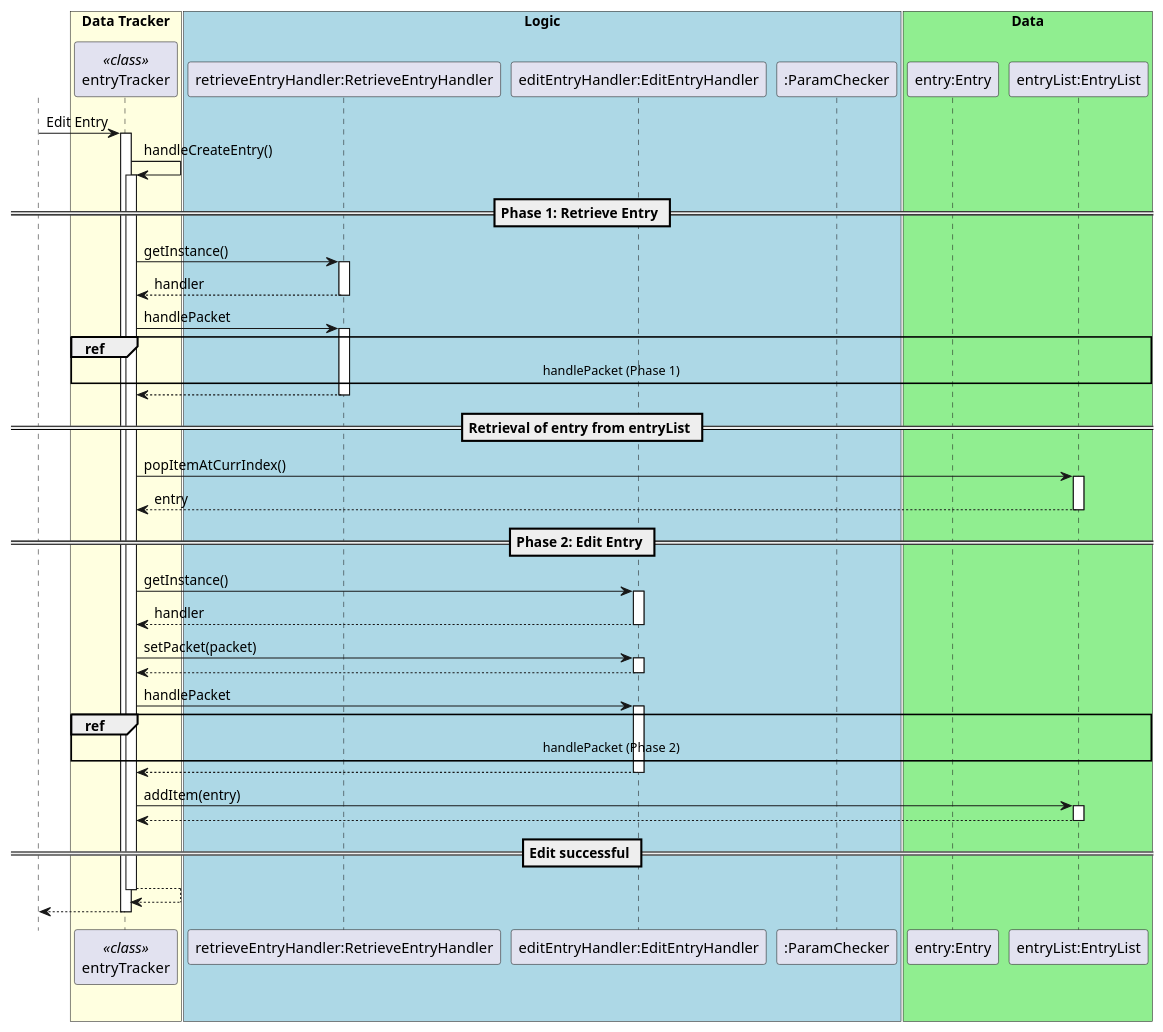
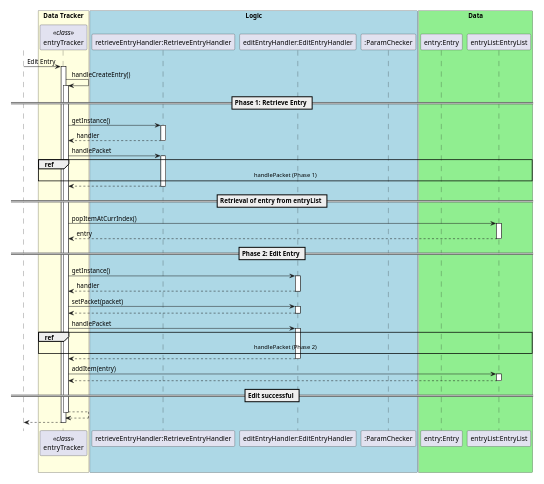
The diagram in docs/diagrams/entrytracker/entryTrackerEditEntrySeqDiagram1.puml (nus-cs2113-AY2021S1/tp), drawn with PlantUML before and after one commit. The commit also changed 8 other files, not shown here.

```diff
--- a/docs/diagrams/entrytracker/entryTrackerEditEntrySeqDiagram1.puml
+++ b/docs/diagrams/entrytracker/entryTrackerEditEntrySeqDiagram1.puml
@@ -1,61 +1,61 @@
 @startuml
 autoactivate on
-scale 1094 width
+scale 500 width
 skinparam shadowing false
 skinparam sequence {
 ActorBorderColor white
 
 ActorBackgroundColor white
 ActorFontColor white
 ActorFontSize 17
 ActorFontName ""
 }
 
 actor User
 
 box "Data Tracker" #LightYellow
 participant entryTracker as entryTracker <<class>>
 endBox
 
 box "Logic" #LightBlue
 participant "retrieveEntryHandler:RetrieveEntryHandler"
 participant "editEntryHandler:EditEntryHandler"
 participant ":ParamChecker"
 endBox
 
 box "Data" #LightGreen
 participant "entry:Entry"
 participant "entryList:EntryList"
 endBox
 
 User -> entryTracker: Edit Entry
 
 entryTracker ->entryTracker: handleCreateEntry()
     == Phase 1: Retrieve Entry ==
    entryTracker-> "retrieveEntryHandler:RetrieveEntryHandler" : getInstance()
     return handler
 
        entryTracker-> "retrieveEntryHandler:RetrieveEntryHandler" : handlePacket
             ref over entryTracker, "retrieveEntryHandler:RetrieveEntryHandler", ":ParamChecker","entryList:EntryList" : handlePacket (Phase 1) 
 
        return
 
     == Retrieval of entry from entryList ==
     entryTracker -> "entryList:EntryList" : popItemAtCurrIndex()
     return entry
 
     == Phase 2: Edit Entry ==
        entryTracker-> "editEntryHandler:EditEntryHandler" : getInstance()
         return handler
         entryTracker -> "editEntryHandler:EditEntryHandler" : setPacket(packet)
         return
         entryTracker -> "editEntryHandler:EditEntryHandler" : handlePacket
                         ref over entryTracker, "retrieveEntryHandler:RetrieveEntryHandler", ":ParamChecker","entryList:EntryList" : handlePacket (Phase 2) 
        
         return
         entryTracker -> "entryList:EntryList" : addItem(entry)
         return
    == Edit successful ==
    return
 return
 @enduml
```
